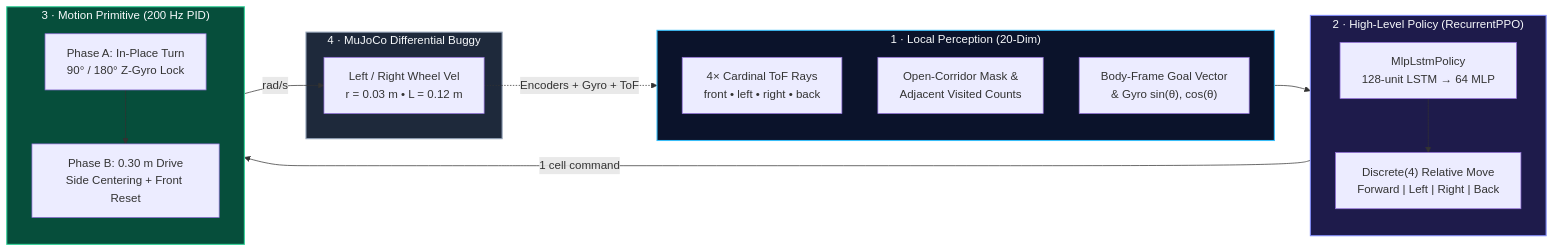
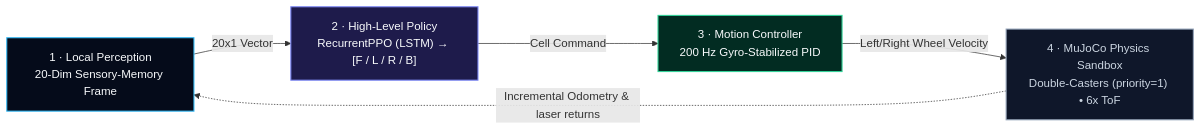
One commit to nlskarthik007/RL_Maze_Buggy changed the diagram in README.md. Above: the diagram before and after it, drawn with Mermaid. The commit also changed other lines of this file, not shown here.

````diff
--- a/README.md
+++ b/README.md
@@ -64,37 +49,17 @@
 ```mermaid
 flowchart LR
-    subgraph PERCEPTION["1 · Local Perception (20-Dim)"]
-        direction TB
-        P1["4× Cardinal ToF Rays<br/>front • left • right • back"]
-        P2["Open-Corridor Mask &<br/>Adjacent Visited Counts"]
-        P3["Body-Frame Goal Vector<br/>& Gyro sin(θ), cos(θ)"]
-    end
+    OBS["1 · Local Perception<br/>20-Dim Sensory-Memory Frame"] 
+    RL["2 · High-Level Policy<br/>RecurrentPPO (LSTM) → [F / L / R / B]"]
+    PID["3 · Motion Controller<br/>200 Hz Gyro-Stabilized PID"]
+    SIM["4 · MuJoCo Physics Sandbox<br/>Double-Casters (priority=1) • 6x ToF"]
 
-    subgraph POLICY["2 · High-Level Policy (RecurrentPPO)"]
-        direction TB
-        L1["MlpLstmPolicy<br/>128-unit LSTM → 64 MLP"]
-        L2["Discrete(4) Relative Move<br/>Forward | Left | Right | Back"]
-        L1 --> L2
-    end
+    OBS -->|"20x1 Vector"| RL
+    RL -->|"Cell Command"| PID
+    PID -->|"Left/Right Wheel Velocity"| SIM
+    SIM -.->|"Incremental Odometry & laser returns"| OBS
 
-    subgraph PID["3 · Motion Primitive (200 Hz PID)"]
-        direction TB
-        C1["Phase A: In-Place Turn<br/>90° / 180° Z-Gyro Lock"]
-        C2["Phase B: 0.30 m Drive<br/>Side Centering + Front Reset"]
-        C1 --> C2
-    end
-
-    subgraph SIM["4 · MuJoCo Differential Buggy"]
-        M1["Left / Right Wheel Vel<br/>r = 0.03 m • L = 0.12 m"]
-    end
-
-    PERCEPTION --> L1
-    L2 -->|"1 cell command"| C1
-    C2 -->|"rad/s"| M1
-    M1 -.->|"Encoders + Gyro + ToF"| PERCEPTION
-
-    style PERCEPTION fill:#0b132b,stroke:#38bdf8,stroke-width:1.5px,color:#f8fafc
-    style POLICY fill:#1e1b4b,stroke:#818cf8,stroke-width:1.5px,color:#f8fafc
-    style PID fill:#064e3b,stroke:#34d399,stroke-width:1.5px,color:#f8fafc
-    style SIM fill:#1e293b,stroke:#94a3b8,stroke-width:1.5px,color:#f8fafc
+    style OBS fill:#050b1a,stroke:#38bdf8,stroke-width:1.5px,color:#f8fafc
+    style RL fill:#1e1b4b,stroke:#818cf8,stroke-width:1.5px,color:#f8fafc
+    style PID fill:#022c22,stroke:#34d399,stroke-width:1.5px,color:#f8fafc
+    style SIM fill:#0f172a,stroke:#94a3b8,stroke-width:1.5px,color:#cbd5e1
 ```
````
